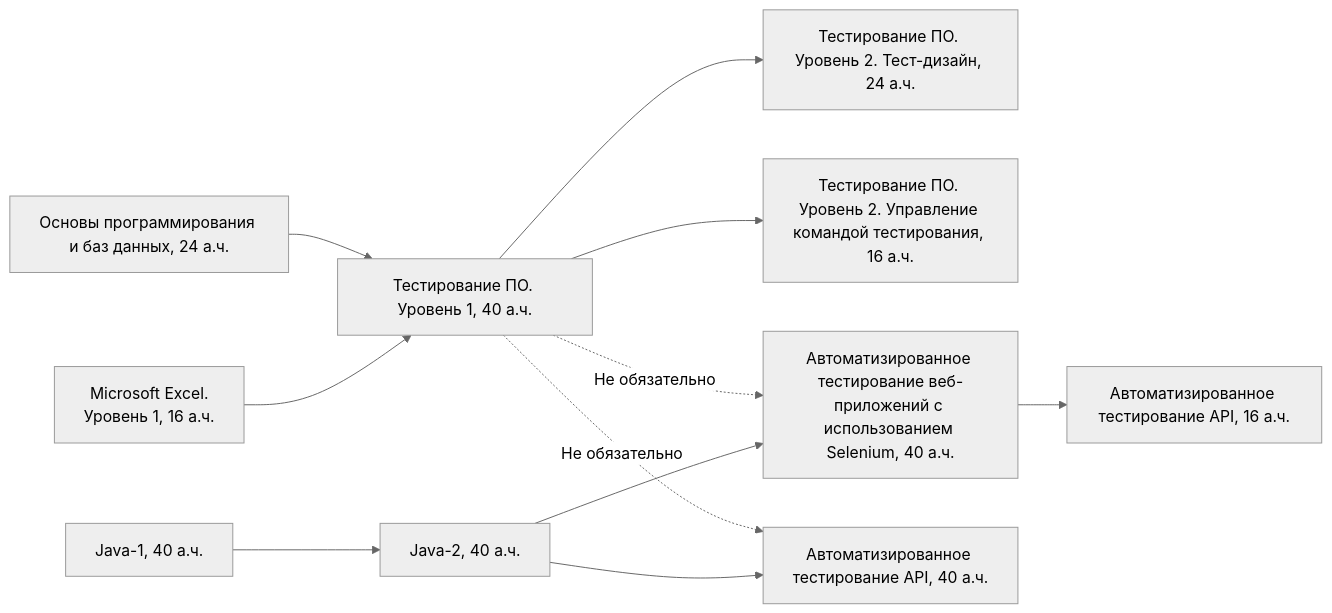
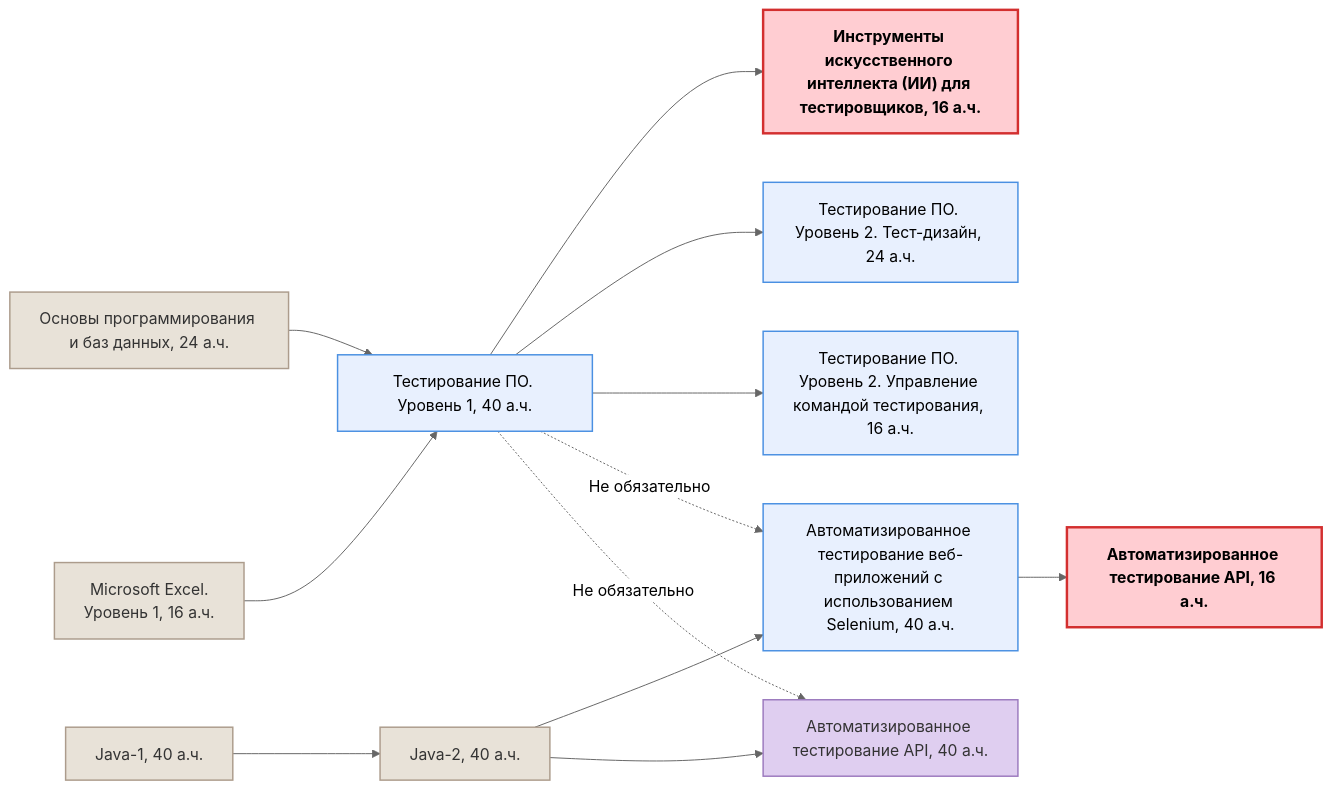
The third of 5 diagrams in qa-track.md (slqamsk/qa-track), drawn with Mermaid (neutral theme) before and after one commit. The commit also changed other lines of this file, not shown here.

`````diff
--- a/qa-track.md
+++ b/qa-track.md
@@ -29,34 +57,47 @@
 ```mermaid
 graph LR
     oprog-a[<span style="white-space: nowrap;">Основы программирования</span> и баз данных, 24 а.ч.]
     bkp2[Microsoft Excel. <br> Уровень 1, 16 а.ч.]
 
     dzhv1-a[Java-1, 40 а.ч.]
     java2[Java-2, 40 а.ч.]
     
     tpo[Тестирование ПО. Уровень 1, 40 а.ч.]
     tpo21[Тестирование ПО. Уровень 2. Тест-дизайн, 24 а.ч.]
     upkot[Тестирование ПО. Уровень 2. Управление командой тестирования, 16 а.ч.]
 
     avtest[Автоматизированное тестирование веб-приложений с использованием Selenium, 40 а.ч.]
 
+    ai-qa["Инструменты искусственного интеллекта (ИИ) для тестировщиков, 16 а.ч."]
+    at-api-short[Автоматизированное тестирование API, 16 а.ч.]
+
     at-api-long[Автоматизированное тестирование API, 40 а.ч.]
-    at-api-short[Автоматизированное тестирование API, 16 а.ч.]
 
     oprog-a --> tpo
     bkp2 --> tpo
 
+    tpo --> ai-qa
     tpo --> tpo21
     tpo --> upkot
+
 
     tpo -.->|Не обязательно| avtest
     tpo -.->|Не обязательно| at-api-long
 
     dzhv1-a --> java2
 
     java2 --> avtest
     java2 --> at-api-long
 
     avtest --> at-api-short
 
+    classDef defaultCourse fill:#e8e2d8,stroke:#ac9c8c,stroke-width:1.5px,color:#333
+    classDef usualCourse fill:#e8f0fe,stroke:#4a90e2,stroke-width:1.5px
+    classDef newCourse fill:#ffcdd2,stroke:#d32f2f,stroke-width:2.5px,font-weight:bold
+    classDef futureCourse fill:#dfcef0,stroke:#9c7abe,stroke-width:1.5px,color:#333
+   
+    class oprog-a,bkp2,dzhv1-a,java2 defaultCourse
+    class tpo,tpo21,upkot,avtest usualCourse
+    class at-api-short,ai-qa newCourse
+    class at-api-long futureCourse
 ````
`````
